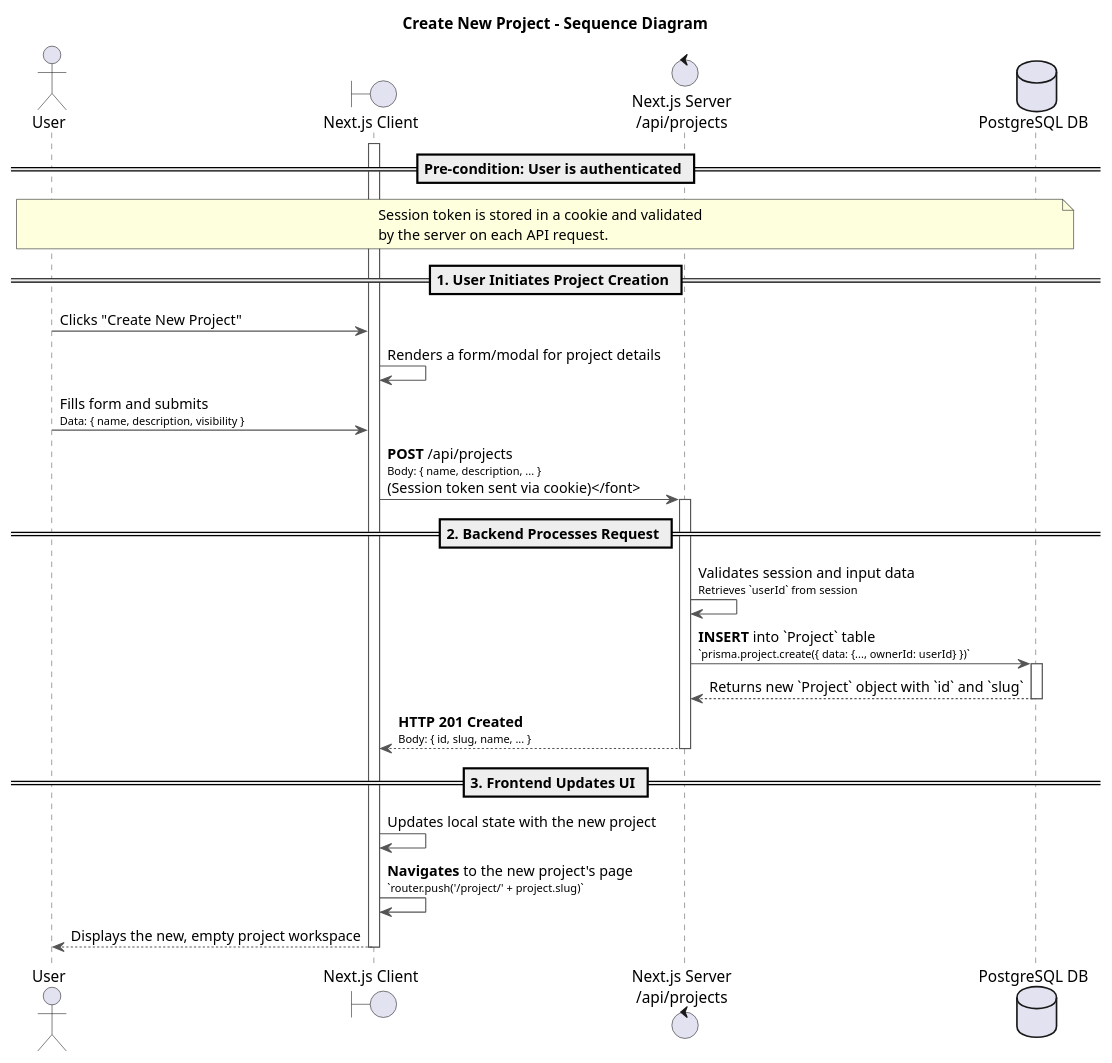
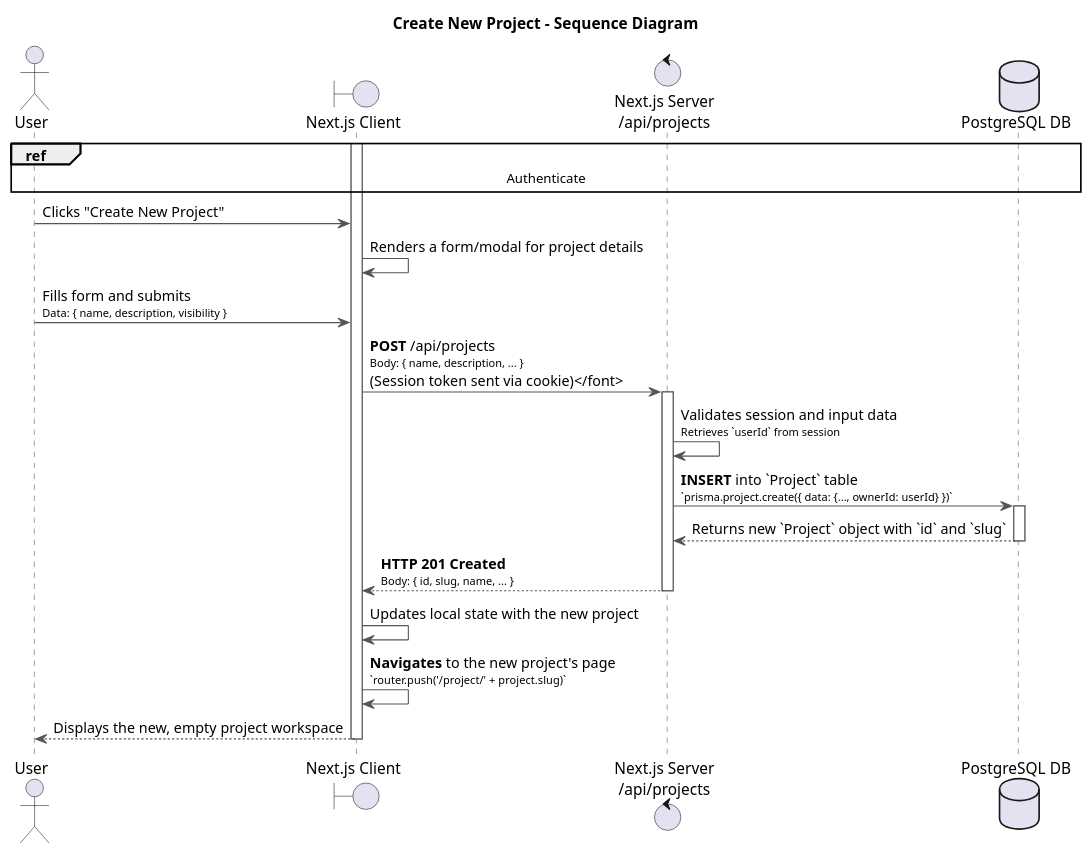
Before and after one commit to souhaib-askri/report_pfe: the diagram in conception/SprintIII/sequence_diagrams/sequence_projectManagement_3_1_CreateNewProject.puml, drawn with PlantUML. The commit also changed 62 other files, not shown here.

```diff
--- a/conception/SprintIII/sequence_diagrams/sequence_projectManagement_3_1_CreateNewProject.puml
+++ b/conception/SprintIII/sequence_diagrams/sequence_projectManagement_3_1_CreateNewProject.puml
@@ -1,47 +1,43 @@
 @startuml
 title Create New Project - Sequence Diagram
 
 actor User
 boundary "Next.js Client" as Client
 control "Next.js Server\n/api/projects" as Server
 database "PostgreSQL DB" as DB
 
 skinparam sequence {
     ArrowColor #555
     ActorBorderColor #555
     LifeLineBorderColor #555
     ParticipantBorderColor #007bff
     DatabaseBorderColor #d9534f
     ControlBorderColor #5cb85c
     BoundaryBorderColor #f0ad4e
 }
 
-== Pre-condition: User is authenticated ==
-note over User, DB: Session token is stored in a cookie and validated\nby the server on each API request.
+ref over User, DB: Authenticate
 
-== 1. User Initiates Project Creation ==
 activate Client
 User -> Client: Clicks "Create New Project"
 Client -> Client: Renders a form/modal for project details
 
 User -> Client: Fills form and submits\n<font size=10>Data: { name, description, visibility }</font>
 Client -> Server: **POST** /api/projects\n<font size=10>Body: { name, description, ... }\n(Session token sent via cookie)</font>
 activate Server
 
-== 2. Backend Processes Request ==
 Server -> Server: Validates session and input data\n<font size=10>Retrieves `userId` from session</font>
 Server -> DB: **INSERT** into `Project` table\n<font size=10>`prisma.project.create({ data: {..., ownerId: userId} })`</font>
 activate DB
 DB --> Server: Returns new `Project` object with `id` and `slug`
 deactivate DB
 
 Server --> Client: **HTTP 201 Created**\n<font size=10>Body: { id, slug, name, ... }</font>
 deactivate Server
 
-== 3. Frontend Updates UI ==
 Client -> Client: Updates local state with the new project
 Client -> Client: **Navigates** to the new project's page\n<font size=10>`router.push('/project/' + project.slug)`</font>
 Client --> User: Displays the new, empty project workspace
 deactivate Client
 
 @enduml
```
